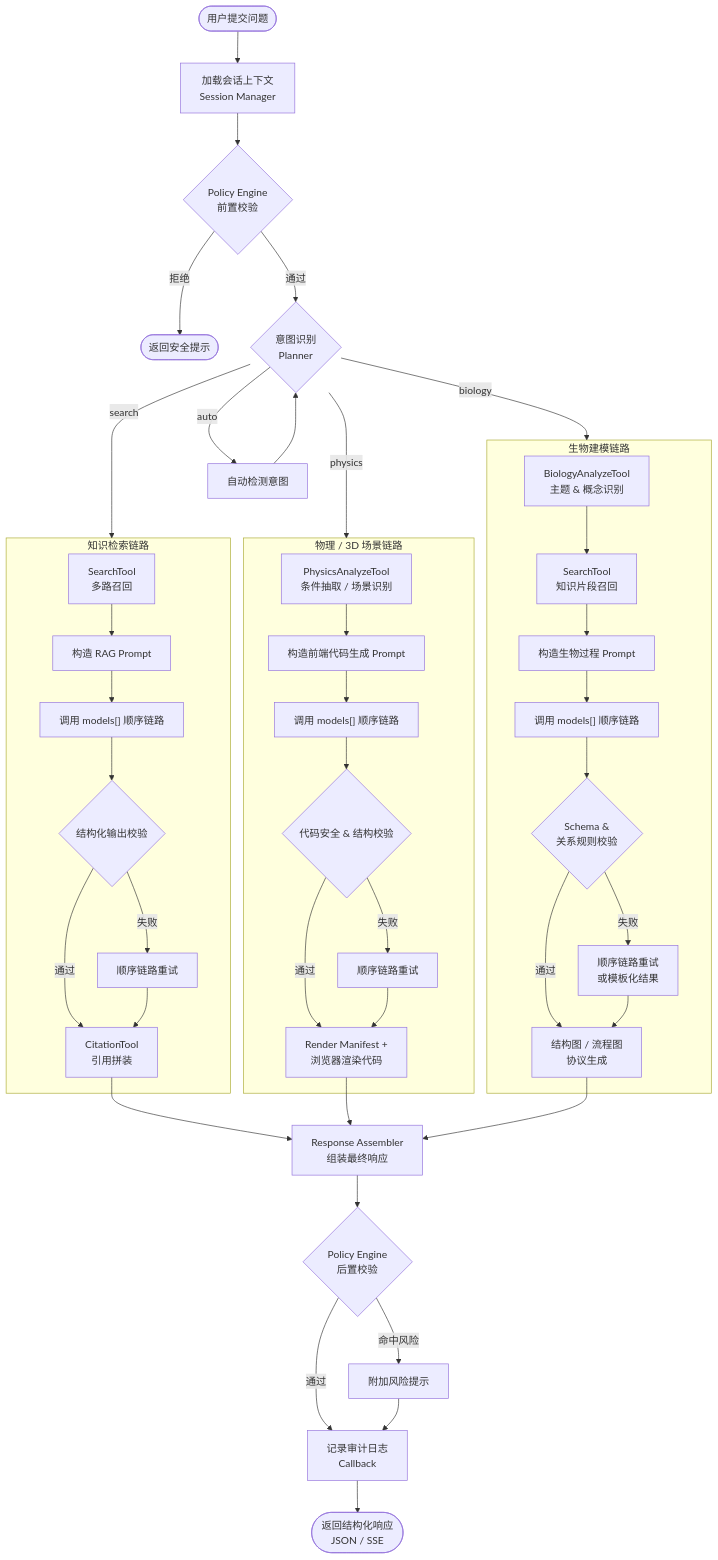
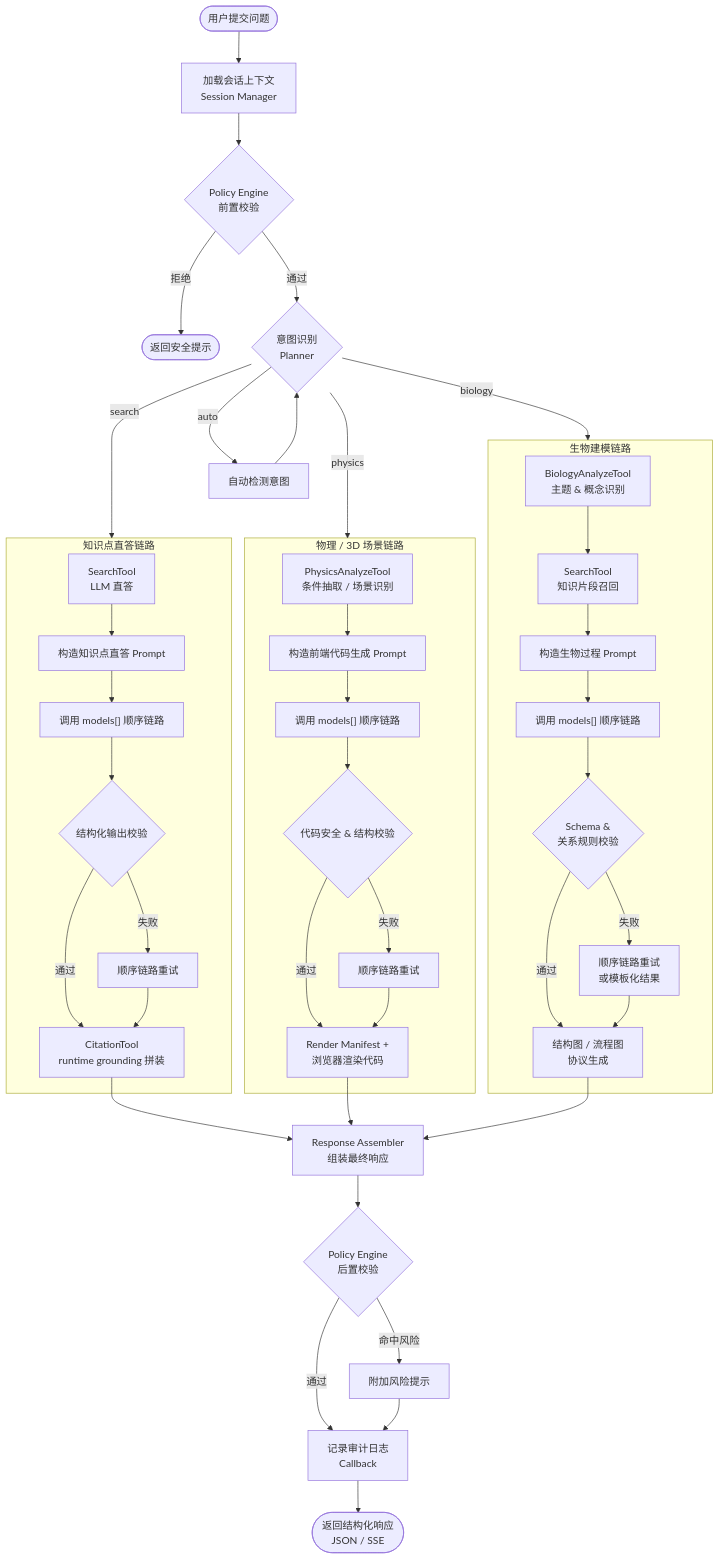
Before and after one commit to beihai0xff/snowy: the second of 3 diagrams in docs/tech-solution.md, drawn with Mermaid. The commit also changed other lines of this file and 26 other files, not shown here.

````diff
--- a/docs/tech-solution.md
+++ b/docs/tech-solution.md
@@ -762,46 +762,46 @@
 ```mermaid
 flowchart TD
     Start([用户提交问题]) --> LoadCtx["加载会话上下文<br/>Session Manager"]
     LoadCtx --> PolicyPre{"Policy Engine<br/>前置校验"}
     PolicyPre -->|拒绝| Reject([返回安全提示])
     PolicyPre -->|通过| Classify{"意图识别<br/>Planner"}
 
     Classify -->|search| SearchBranch
     Classify -->|physics| PhysicsBranch
     Classify -->|biology| BiologyBranch
     Classify -->|auto| AutoDetect["自动检测意图"] --> Classify
 
-    subgraph SearchBranch ["知识检索链路"]
-        S1["SearchTool<br/>多路召回"] --> S2["构造 RAG Prompt"]
+    subgraph SearchBranch ["知识点直答链路"]
+        S1["SearchTool<br/>LLM 直答"] --> S2["构造知识点直答 Prompt"]
         S2 --> S3["调用 models[] 顺序链路"]
         S3 --> S4{"结构化输出校验"}
-        S4 -->|通过| S5["CitationTool<br/>引用拼装"]
+        S4 -->|通过| S5["CitationTool<br/>runtime grounding 拼装"]
         S4 -->|失败| S6["顺序链路重试"] --> S5
     end
 
     subgraph PhysicsBranch ["物理 / 3D 场景链路"]
         P1["PhysicsAnalyzeTool<br/>条件抽取 / 场景识别"] --> P2["构造前端代码生成 Prompt"]
         P2 --> P3["调用 models[] 顺序链路"]
         P3 --> P4{"代码安全 & 结构校验"}
         P4 -->|通过| P5["Render Manifest +<br/>浏览器渲染代码"]
         P4 -->|失败| P6["顺序链路重试"] --> P5
     end
 
     subgraph BiologyBranch ["生物建模链路"]
         B1["BiologyAnalyzeTool<br/>主题 & 概念识别"] --> B2["SearchTool<br/>知识片段召回"]
         B2 --> B3["构造生物过程 Prompt"]
         B3 --> B4["调用 models[] 顺序链路"]
         B4 --> B5{"Schema &<br/>关系规则校验"}
         B5 -->|通过| B6["结构图 / 流程图<br/>协议生成"]
         B5 -->|失败| B7["顺序链路重试<br/>或模板化结果"] --> B6
     end
 
     S5 --> Assemble
     P5 --> Assemble
     B6 --> Assemble
 
     Assemble["Response Assembler<br/>组装最终响应"] --> PolicyPost{"Policy Engine<br/>后置校验"}
     PolicyPost -->|通过| Audit["记录审计日志<br/>Callback"]
     PolicyPost -->|命中风险| AddWarning["附加风险提示"] --> Audit
     Audit --> Done([返回结构化响应<br/>JSON / SSE])
 ```
````
